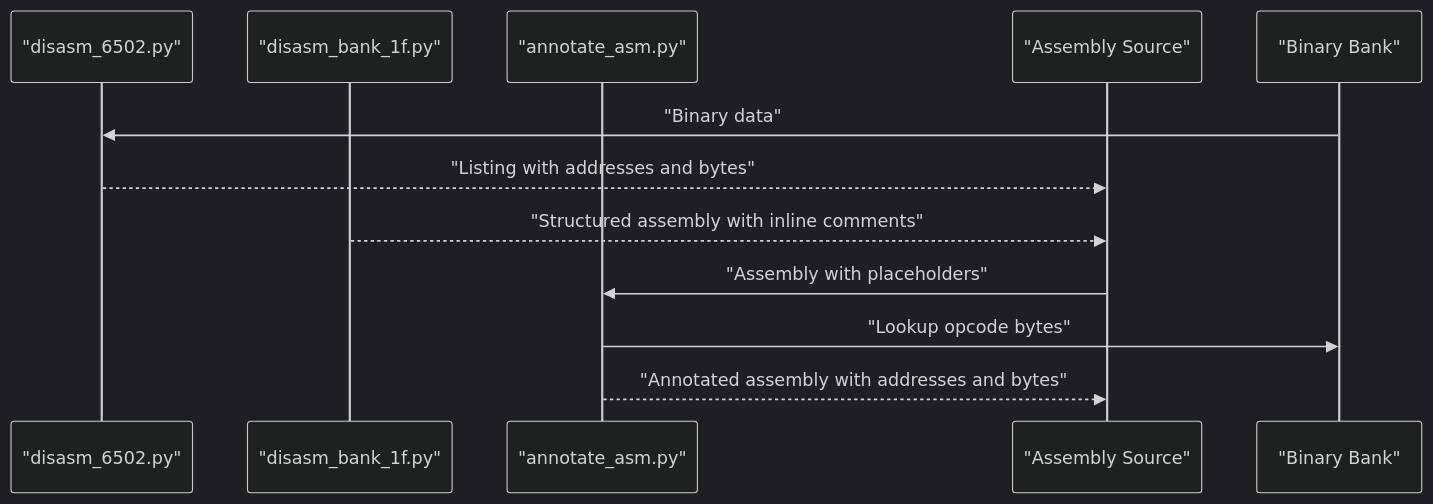
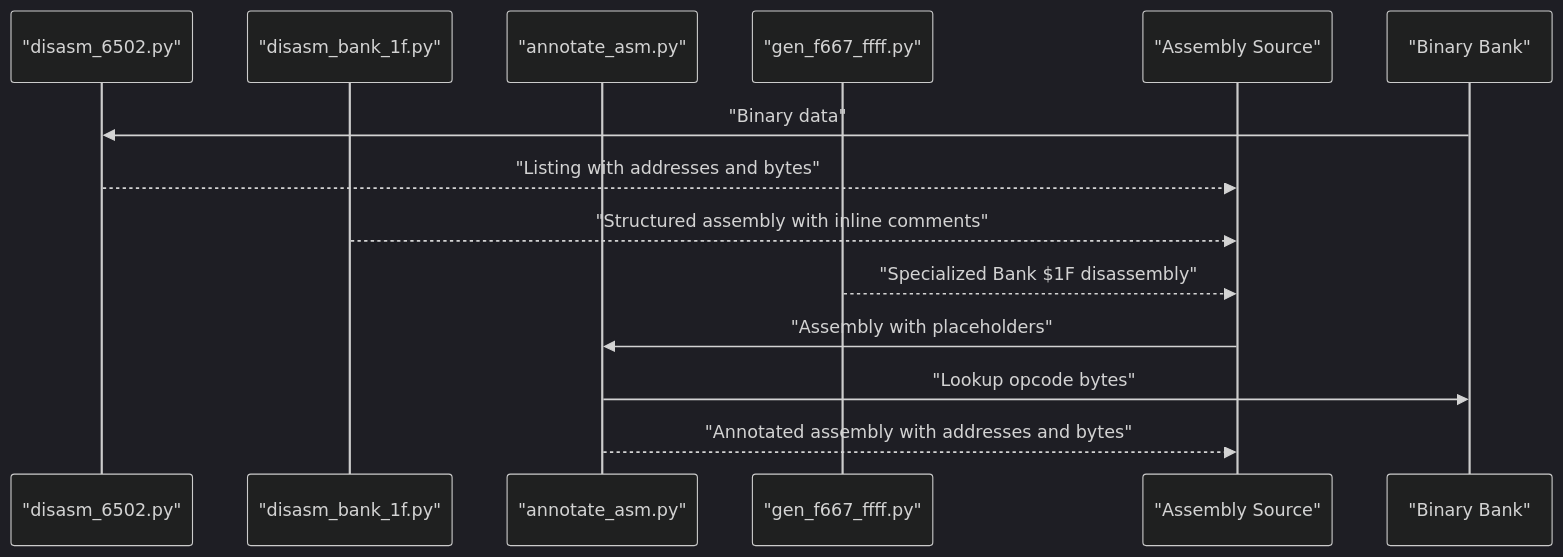
Before and after one commit to rabbyzero/sango2dasm: the fifth of 13 diagrams in .qoder/repowiki/en/content/Build System and Tools/Build System and Tools.md, drawn with Mermaid (dark theme). The commit also changed other lines of this file and 23 other files, not shown here.

````diff
--- a/.qoder/repowiki/en/content/Build System and Tools/Build System and Tools.md
+++ b/.qoder/repowiki/en/content/Build System and Tools/Build System and Tools.md
@@ -307,14 +333,16 @@
 ```mermaid
 sequenceDiagram
 participant DS as "disasm_6502.py"
 participant DS1F as "disasm_bank_1f.py"
 participant AN as "annotate_asm.py"
+participant GF as "gen_f667_ffff.py"
 participant ASM as "Assembly Source"
 participant BIN as "Binary Bank"
 BIN->>DS : "Binary data"
 DS-->>ASM : "Listing with addresses and bytes"
 DS1F-->>ASM : "Structured assembly with inline comments"
+GF-->>ASM : "Specialized Bank $1F disassembly"
 ASM->>AN : "Assembly with placeholders"
 AN->>BIN : "Lookup opcode bytes"
 AN-->>ASM : "Annotated assembly with addresses and bytes"
 ```
````
